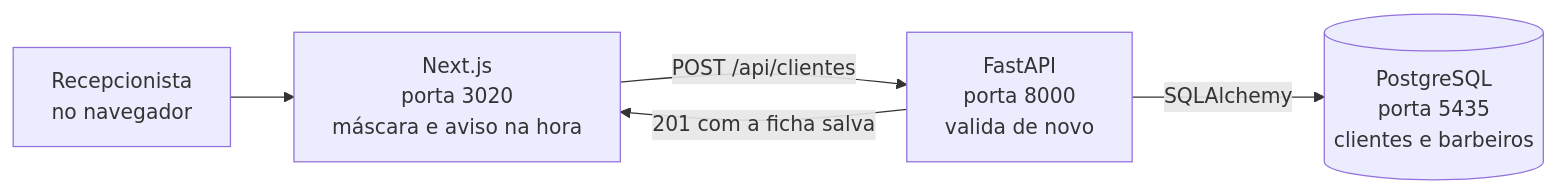
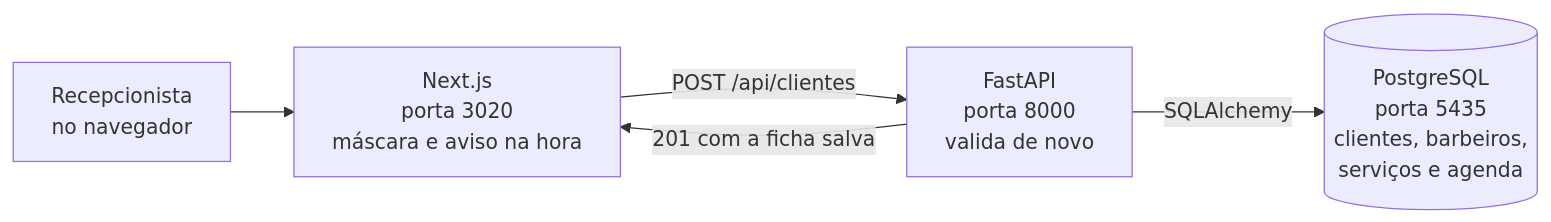
The first of 2 diagrams in README.md (Matheus-Rodriguez963/Projeto-Barbearia-Impacta), drawn with Mermaid before and after one commit. The commit also changed other lines of this file, not shown here.

````diff
--- a/README.md
+++ b/README.md
@@ -167,7 +231,7 @@
 ```mermaid
 flowchart LR
     U["Recepcionista<br/>no navegador"] --> F["Next.js<br/>porta 3020<br/>máscara e aviso na hora"]
     F -->|"POST /api/clientes"| A["FastAPI<br/>porta 8000<br/>valida de novo"]
-    A -->|"SQLAlchemy"| B[("PostgreSQL<br/>porta 5435<br/>clientes e barbeiros")]
+    A -->|"SQLAlchemy"| B[("PostgreSQL<br/>porta 5435<br/>clientes, barbeiros,<br/>serviços e agenda")]
     A -->|"201 com a ficha salva"| F
 ```
````
